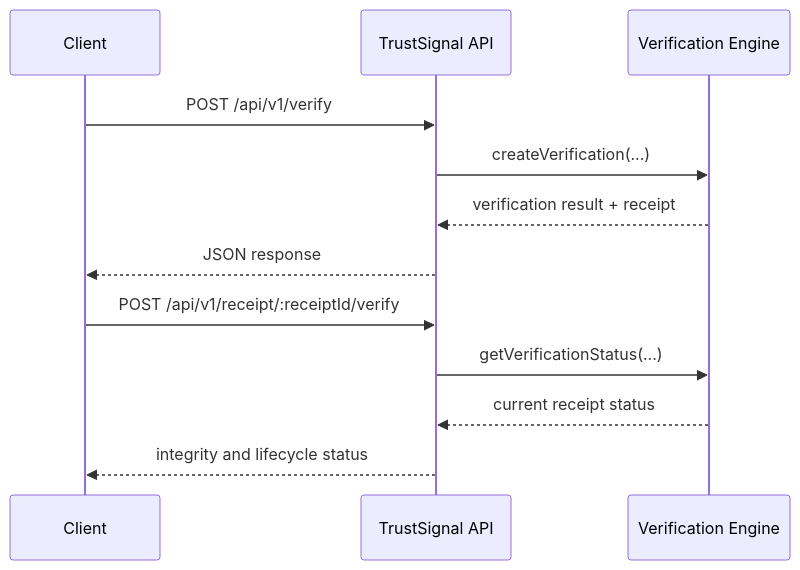
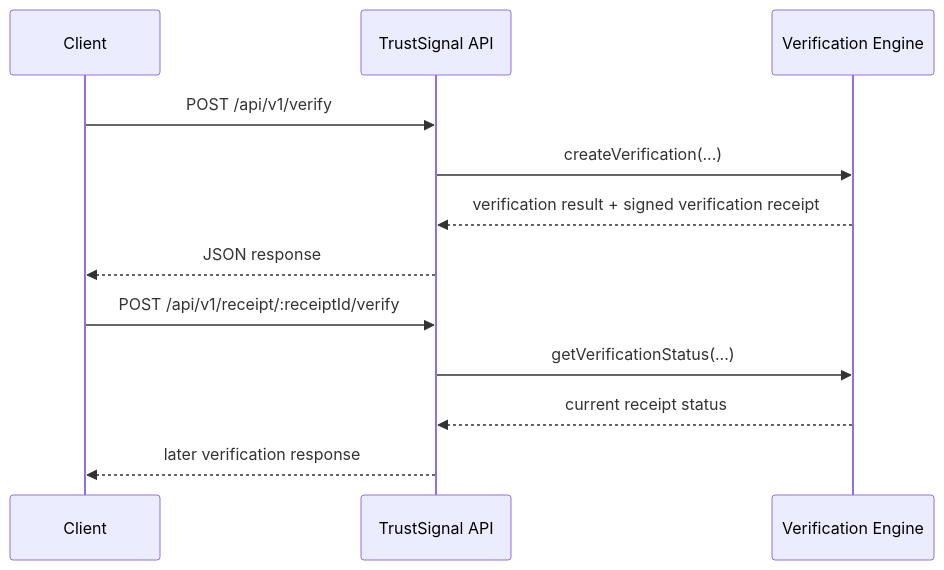
The diagram in wiki/Quick-Verification-Example.md (chrismaz11/TrustSignal), drawn with Mermaid before and after one commit. The commit also changed other lines of this file and 21 other files, not shown here.

````diff
--- a/wiki/Quick-Verification-Example.md
+++ b/wiki/Quick-Verification-Example.md
@@ -29,15 +24,15 @@
 ```mermaid
 sequenceDiagram
   participant C as Client
   participant A as TrustSignal API
   participant E as Verification Engine
 
   C->>A: POST /api/v1/verify
   A->>E: createVerification(...)
-  E-->>A: verification result + receipt
+  E-->>A: verification result + signed verification receipt
   A-->>C: JSON response
   C->>A: POST /api/v1/receipt/:receiptId/verify
   A->>E: getVerificationStatus(...)
   E-->>A: current receipt status
-  A-->>C: integrity and lifecycle status
+  A-->>C: later verification response
 ```
````
